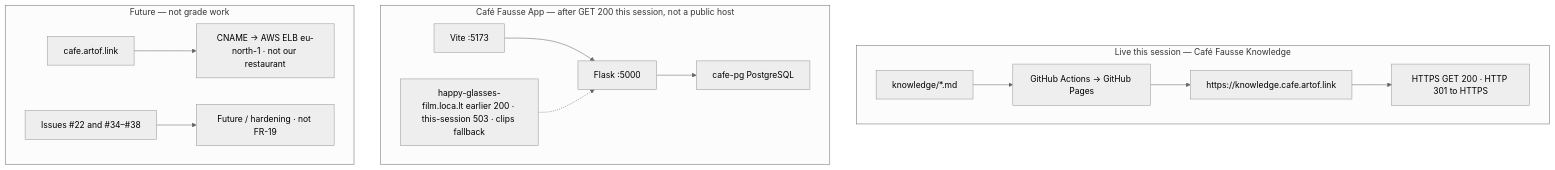
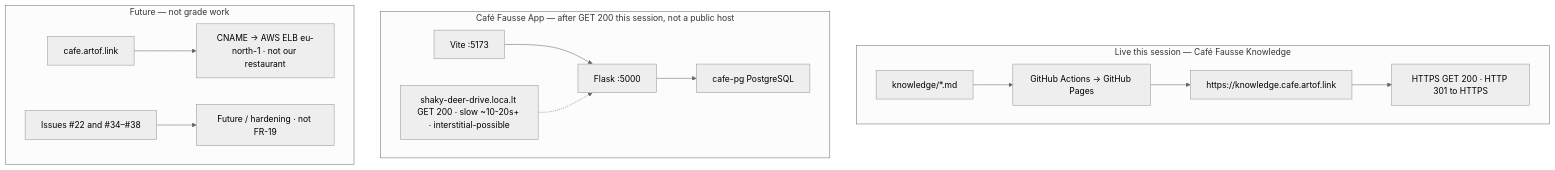
One commit to artofdream/aea-interactive-design changed the diagram in knowledge/friday-plan.md. Above: the diagram before and after it, drawn with Mermaid (neutral theme). The commit also changed other lines of this file and 5 other files, not shown here.

First line of the commit message:
docs(knowledge): refresh brief tunnel URL to shaky-deer-drive (#61)

````diff
--- a/knowledge/friday-plan.md
+++ b/knowledge/friday-plan.md
@@ -70,17 +70,17 @@
 ```mermaid
 flowchart TB
   subgraph LIVE["Live this session — Café Fausse Knowledge"]
     MD["knowledge/*.md"] --> BUILD["GitHub Actions → GitHub Pages"]
     BUILD --> KH["https://knowledge.cafe.artof.link"]
     KH --> OK["HTTPS GET 200 · HTTP 301 to HTTPS"]
   end
   subgraph APP["Café Fausse App — after GET 200 this session, not a public host"]
     VITE["Vite :5173"] --> FLASK["Flask :5000"]
     FLASK --> PG["cafe-pg PostgreSQL"]
-    TUN["happy-glasses-film.loca.lt earlier 200 · this-session 503 · clips fallback"] -.-> FLASK
+    TUN["shaky-deer-drive.loca.lt GET 200 · slow ~10-20s+ · interstitial-possible"] -.-> FLASK
   end
   subgraph FUT["Future — not grade work"]
     CAFE["cafe.artof.link"] --> ELB["CNAME → AWS ELB eu-north-1 · not our restaurant"]
     FS["Issues #22 and #34–#38"] --> PARK["Future / hardening · not FR-19"]
   end
 ```
````
